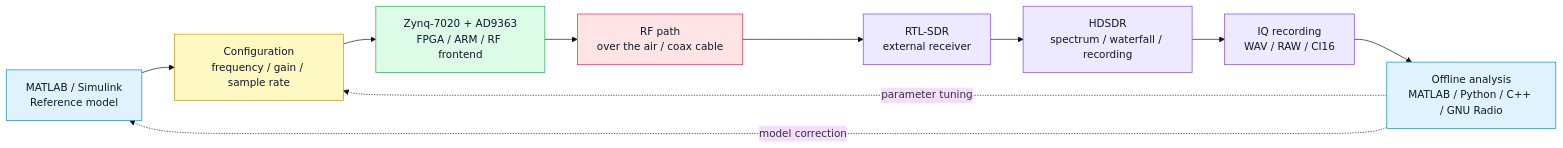
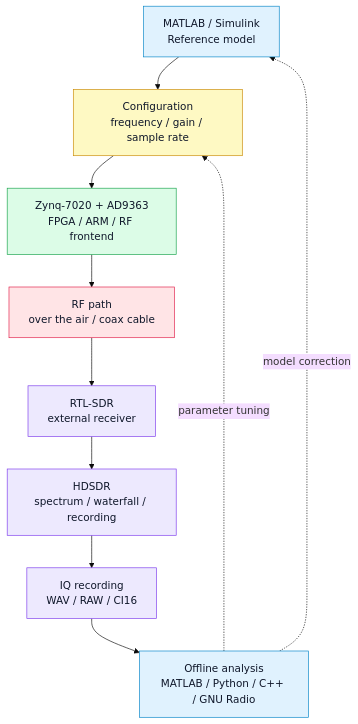
One commit to Lay007/zynq-sdr-course changed the first of 3 diagrams in README.md. Above: the diagram before and after it, drawn with Mermaid (base theme). The commit also changed other lines of this file, not shown here.

Commit message:
Make SDR README diagrams vertical and readable

````diff
--- a/README.md
+++ b/README.md
@@ -63,22 +63,22 @@
 ```mermaid
-flowchart LR
+flowchart TB
     %% ===== LIGHT STYLE =====
     classDef model fill:#E0F2FE,color:#0F172A,stroke:#0284C7,stroke-width:1px;
     classDef fpga fill:#DCFCE7,color:#0F172A,stroke:#16A34A,stroke-width:1px;
     classDef arm fill:#FEF9C3,color:#0F172A,stroke:#CA8A04,stroke-width:1px;
     classDef rf fill:#FFE4E6,color:#0F172A,stroke:#E11D48,stroke-width:1px;
     classDef data fill:#EDE9FE,color:#0F172A,stroke:#7C3AED,stroke-width:1px;
 
     M["MATLAB / Simulink<br/>Reference model"]:::model
     CFG["Configuration<br/>frequency / gain / sample rate"]:::arm
     ZYNQ["Zynq-7020 + AD9363<br/>FPGA / ARM / RF frontend"]:::fpga
     AIR["RF path<br/>over the air / coax cable"]:::rf
     RTL["RTL-SDR<br/>external receiver"]:::data
     HDSDR["HDSDR<br/>spectrum / waterfall / recording"]:::data
     IQ["IQ recording<br/>WAV / RAW / CI16"]:::data
     ANALYSIS["Offline analysis<br/>MATLAB / Python / C++ / GNU Radio"]:::model
 
     M --> CFG --> ZYNQ --> AIR --> RTL --> HDSDR --> IQ --> ANALYSIS
     ANALYSIS -. model correction .-> M
     ANALYSIS -. parameter tuning .-> CFG
 ```
````
